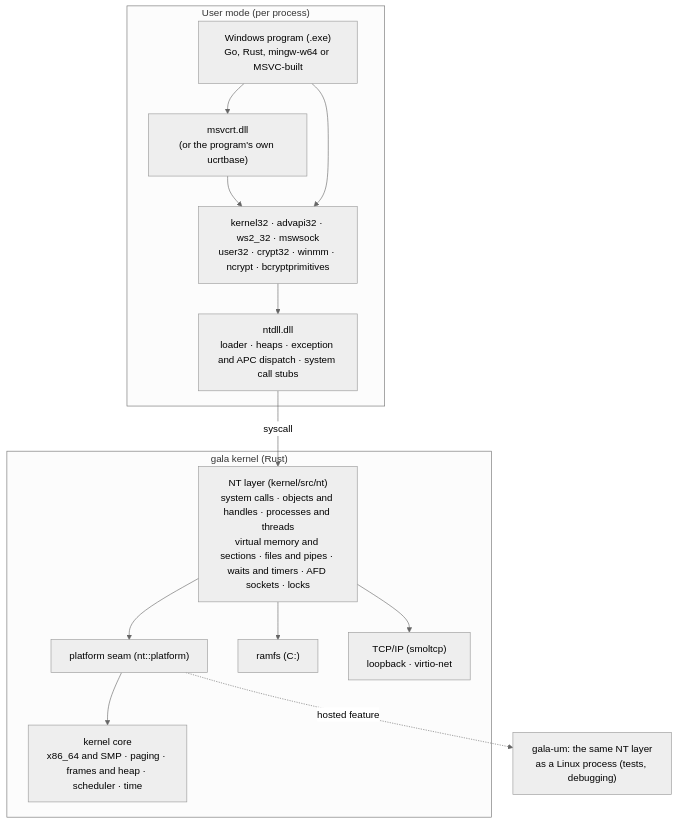
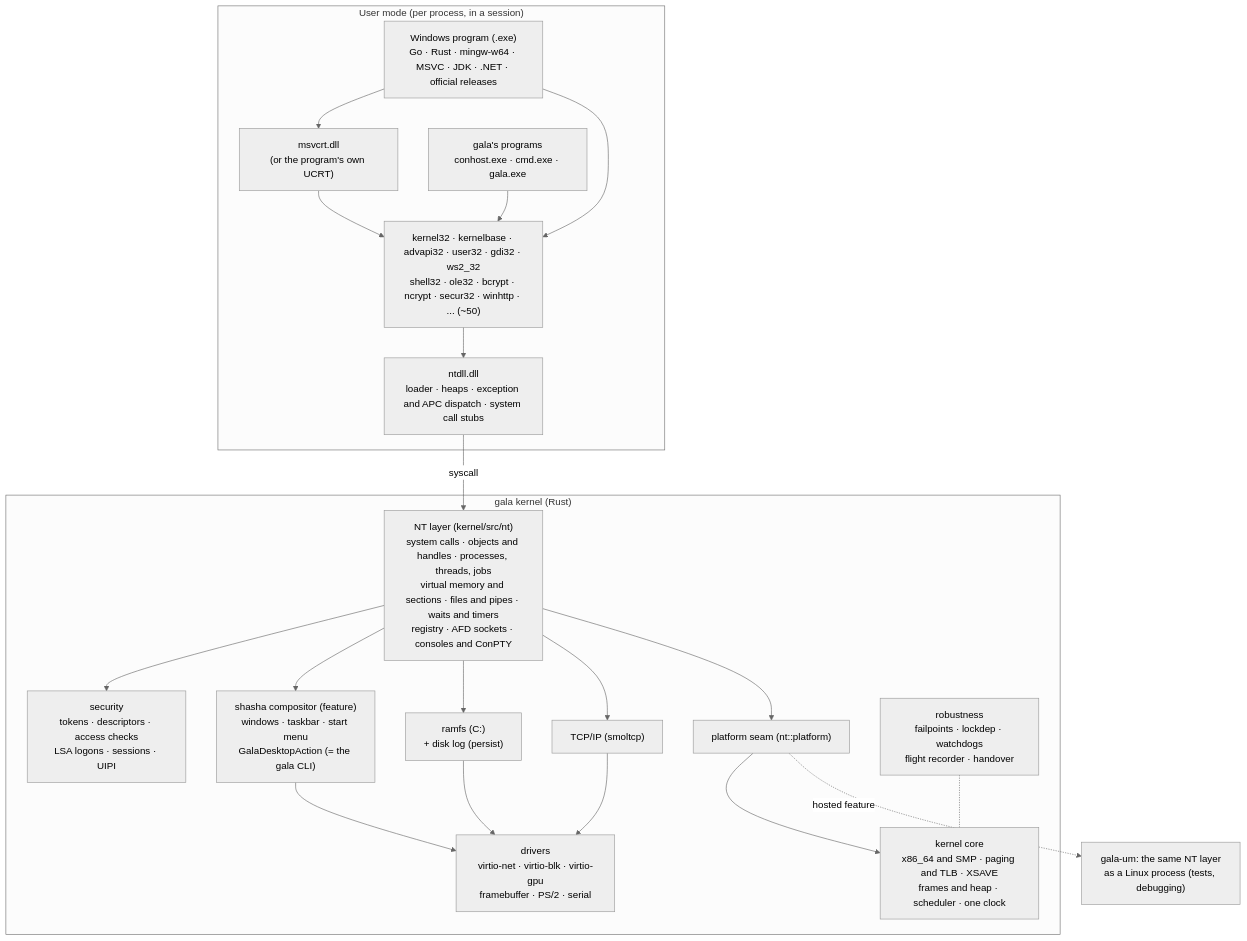
The first of 12 diagrams in README.md (bjorn-ali-goransson/gala-os), drawn with Mermaid (neutral theme) before and after one commit. The commit also changed other lines of this file and 3 other files, not shown here.

First line of the commit message:
Docs: README brought up to date, diagrams expanded, stale facts fixed

````diff
--- a/README.md
+++ b/README.md
@@ -119,24 +183,36 @@
 ```mermaid
 flowchart TB
-    subgraph user["User mode (per process)"]
-        app["Windows program (.exe)<br/>Go, Rust, mingw-w64 or MSVC-built"]
-        crt["msvcrt.dll<br/>(or the program's own ucrtbase)"]
-        dlls["kernel32 · advapi32 · ws2_32 · mswsock<br/>user32 · crypt32 · winmm · ncrypt · bcryptprimitives"]
+    subgraph user["User mode (per process, in a session)"]
+        app["Windows program (.exe)<br/>Go · Rust · mingw-w64 · MSVC · JDK · .NET · official releases"]
+        crt["msvcrt.dll<br/>(or the program's own UCRT)"]
+        dlls["kernel32 · kernelbase · advapi32 · user32 · gdi32 · ws2_32<br/>shell32 · ole32 · bcrypt · ncrypt · secur32 · winhttp · ... (~50)"]
         ntdll["ntdll.dll<br/>loader · heaps · exception and APC dispatch · system call stubs"]
+        tools["gala's programs<br/>conhost.exe · cmd.exe · gala.exe"]
         app --> crt --> dlls --> ntdll
         app --> dlls
+        tools --> dlls
     end
     subgraph kernel["gala kernel (Rust)"]
-        nt["NT layer (kernel/src/nt)<br/>system calls · objects and handles · processes and threads<br/>virtual memory and sections · files and pipes · waits and timers · AFD sockets · locks"]
+        nt["NT layer (kernel/src/nt)<br/>system calls · objects and handles · processes, threads, jobs<br/>virtual memory and sections · files and pipes · waits and timers<br/>registry · AFD sockets · consoles and ConPTY"]
+        sec["security<br/>tokens · descriptors · access checks<br/>LSA logons · sessions · UIPI"]
+        shasha["shasha compositor (feature)<br/>windows · taskbar · start menu<br/>GalaDesktopAction (= the gala CLI)"]
         seam["platform seam (nt::platform)"]
-        core["kernel core<br/>x86_64 and SMP · paging · frames and heap · scheduler · time"]
-        fs["ramfs (C:)"]
-        net["TCP/IP (smoltcp)<br/>loopback · virtio-net"]
-        nt --> seam --> core
+        core["kernel core<br/>x86_64 and SMP · paging and TLB · XSAVE<br/>frames and heap · scheduler · one clock"]
+        fs["ramfs (C:)<br/>+ disk log (persist)"]
+        net["TCP/IP (smoltcp)"]
+        drv["drivers<br/>virtio-net · virtio-blk · virtio-gpu<br/>framebuffer · PS/2 · serial"]
+        rob["robustness<br/>failpoints · lockdep · watchdogs<br/>flight recorder · handover"]
+        nt --> sec
+        nt --> shasha
         nt --> fs
         nt --> net
+        nt --> seam --> core
+        fs --> drv
+        net --> drv
+        shasha --> drv
+        rob -.- core
     end
     um["gala-um: the same NT layer<br/>as a Linux process (tests, debugging)"]
     ntdll -- "syscall" --> nt
     seam -. "hosted feature" .-> um
 ```
````
